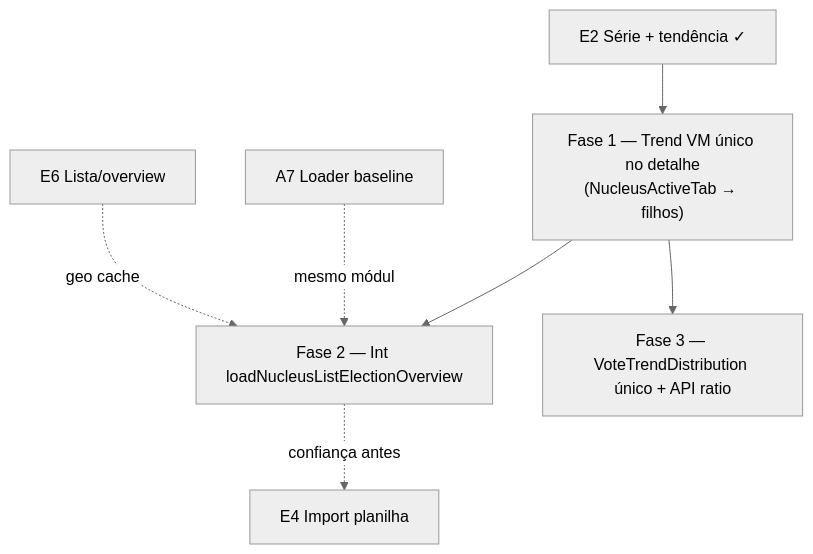
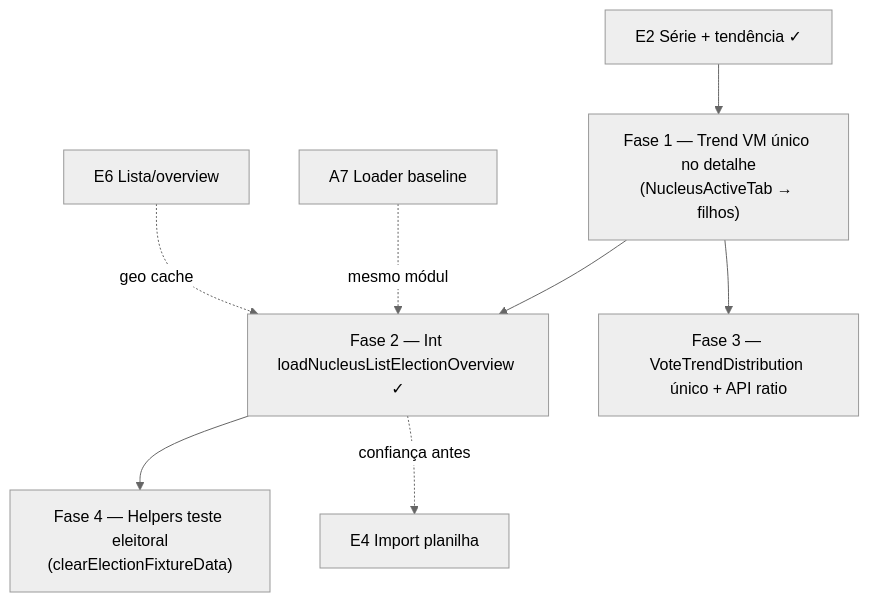
One commit to fsolla/teqo changed the diagram in docs/plans/escala-dry-pos-e2.md. Above: the diagram before and after it, drawn with Mermaid (neutral theme). The commit also changed other lines of this file and 4 other files, not shown here.

First line of the commit message:
Deliver E7 Fase 2 int tests for nucleus list election overview.

````diff
--- a/docs/plans/escala-dry-pos-e2.md
+++ b/docs/plans/escala-dry-pos-e2.md
@@ -48,10 +53,11 @@
 ```mermaid
 flowchart TD
     E2["E2 Série + tendência ✓"] --> F1
     F1["Fase 1 — Trend VM único no detalhe<br/>(NucleusActiveTab → filhos)"]
-    F1 --> F2["Fase 2 — Int loadNucleusListElectionOverview"]
+    F1 --> F2["Fase 2 — Int loadNucleusListElectionOverview ✓"]
     F1 --> F3["Fase 3 — VoteTrendDistribution único + API ratio"]
+    F2 --> F4["Fase 4 — Helpers teste eleitoral<br/>(clearElectionFixtureData)"]
     F2 -.confiança antes.-> E4["E4 Import planilha"]
     A7["A7 Loader baseline"] -.mesmo módulo.-> F2
     E6["E6 Lista/overview"] -.geo cache.-> F2
 ```
````
